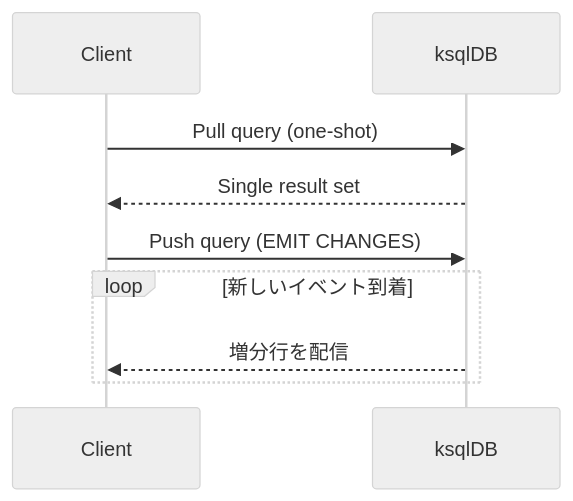
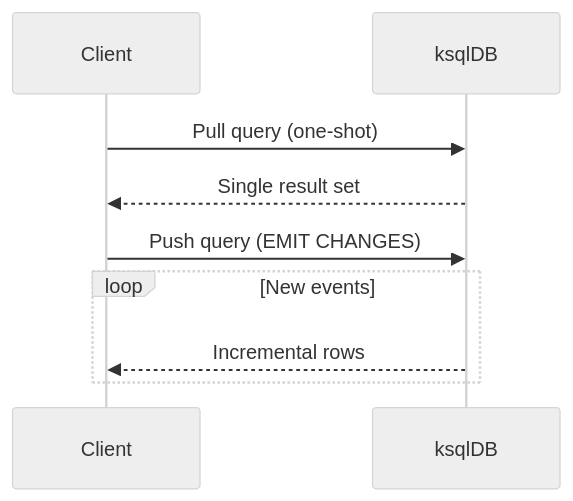
Before and after one commit to sage-mt07/rc02: the third of 6 diagrams in docs/sqlserver-to-kafka-guide.md, drawn with Mermaid (neutral theme). The commit also changed other lines of this file and 20 other files, not shown here.

````diff
--- a/docs/sqlserver-to-kafka-guide.md
+++ b/docs/sqlserver-to-kafka-guide.md
@@ -80,11 +76,11 @@
 ```mermaid
 sequenceDiagram
   participant C as Client
   participant K as ksqlDB
   C->>K: Pull query (one-shot)
   K-->>C: Single result set
   C->>K: Push query (EMIT CHANGES)
-  loop 新しいイベント到着
-    K-->>C: 増分行を配信
+  loop New events
+    K-->>C: Incremental rows
   end
 ```
````
